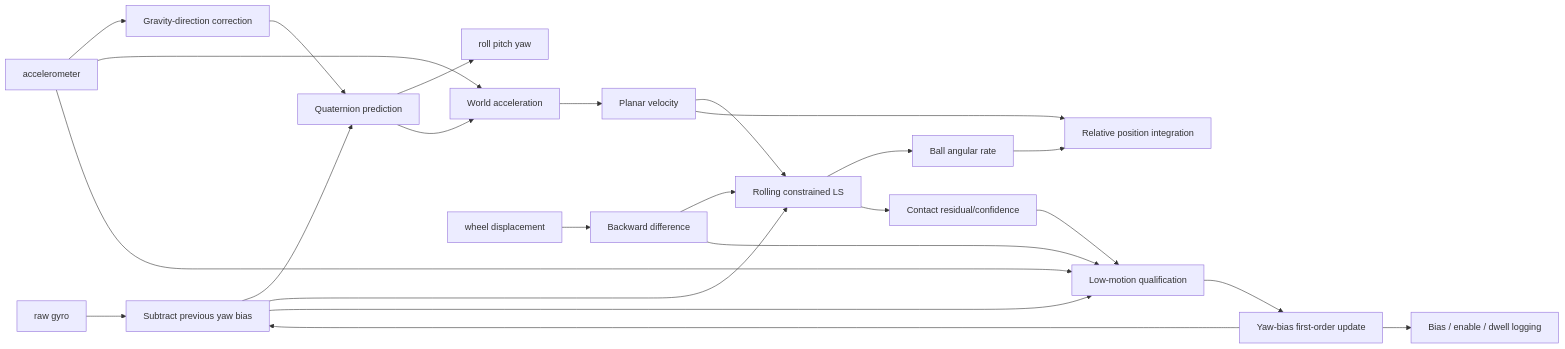
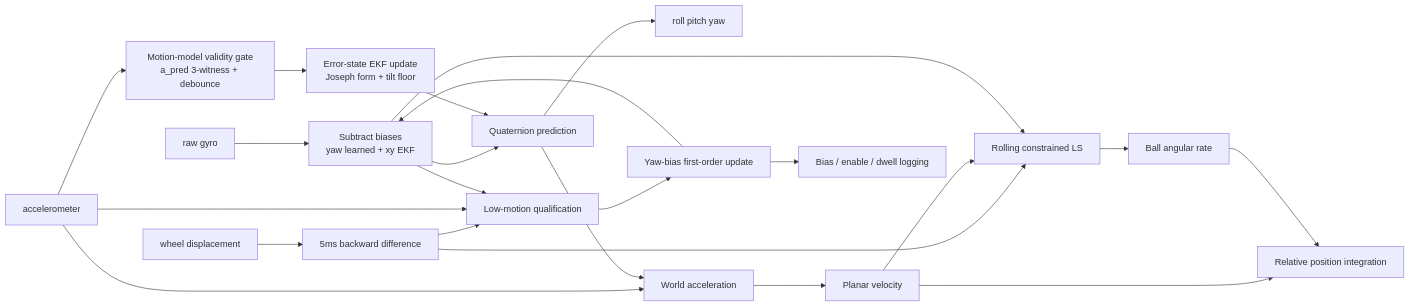
The second of 3 diagrams in specs/hardware_design/controll/ball_balancing_omnirover3wd/ball_balancing_omnirover3wd-architecture.md (nenecchiCV/ball-balancing-omni-rover), drawn with Mermaid before and after one commit. The commit also changed other lines of this file and 9 other files, not shown here.

````diff
--- a/specs/hardware_design/controll/ball_balancing_omnirover3wd/ball_balancing_omnirover3wd-architecture.md
+++ b/specs/hardware_design/controll/ball_balancing_omnirover3wd/ball_balancing_omnirover3wd-architecture.md
@@ -175,25 +236,24 @@
 ```mermaid
 flowchart LR
-  GYRO[raw gyro] --> SUB[Subtract previous yaw bias]
+  GYRO[raw gyro] --> SUB[Subtract biases<br/>yaw learned + xy EKF]
   SUB --> QP[Quaternion prediction]
-  ACC[accelerometer] --> GRAV[Gravity-direction correction]
-  GRAV --> QP
+  ACC[accelerometer] --> GATE[Motion-model validity gate<br/>a_pred 3-witness + debounce]
+  GATE --> EKF[Error-state EKF update<br/>Joseph form + tilt floor]
+  EKF --> QP
   QP --> ATT[roll pitch yaw]
   ACC --> AW[World acceleration]
   QP --> AW --> VEL[Planar velocity]
-  ENC[wheel displacement] --> DIFF[Backward difference]
+  ENC[wheel displacement] --> DIFF[5ms backward difference]
   DIFF --> KIN[Rolling constrained LS]
   VEL --> KIN
   SUB --> KIN
   KIN --> BALL[Ball angular rate]
   VEL --> REL[Relative position integration]
   BALL --> REL
-  KIN --> RES[Contact residual/confidence]
   DIFF --> QUAL[Low-motion qualification]
   ACC --> QUAL
   SUB --> QUAL
-  RES --> QUAL
   QUAL --> BIAS[Yaw-bias first-order update]
   BIAS --> SUB
   BIAS --> DLOG[Bias / enable / dwell logging]
 ```
````
